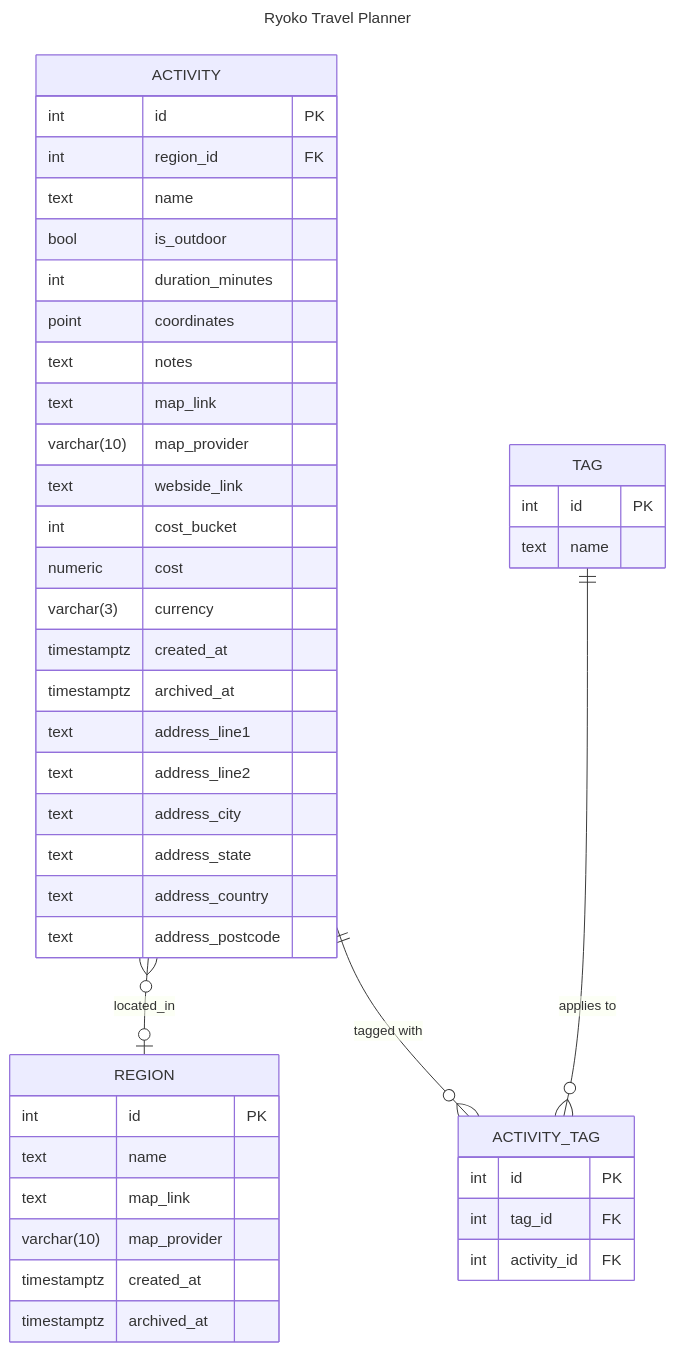
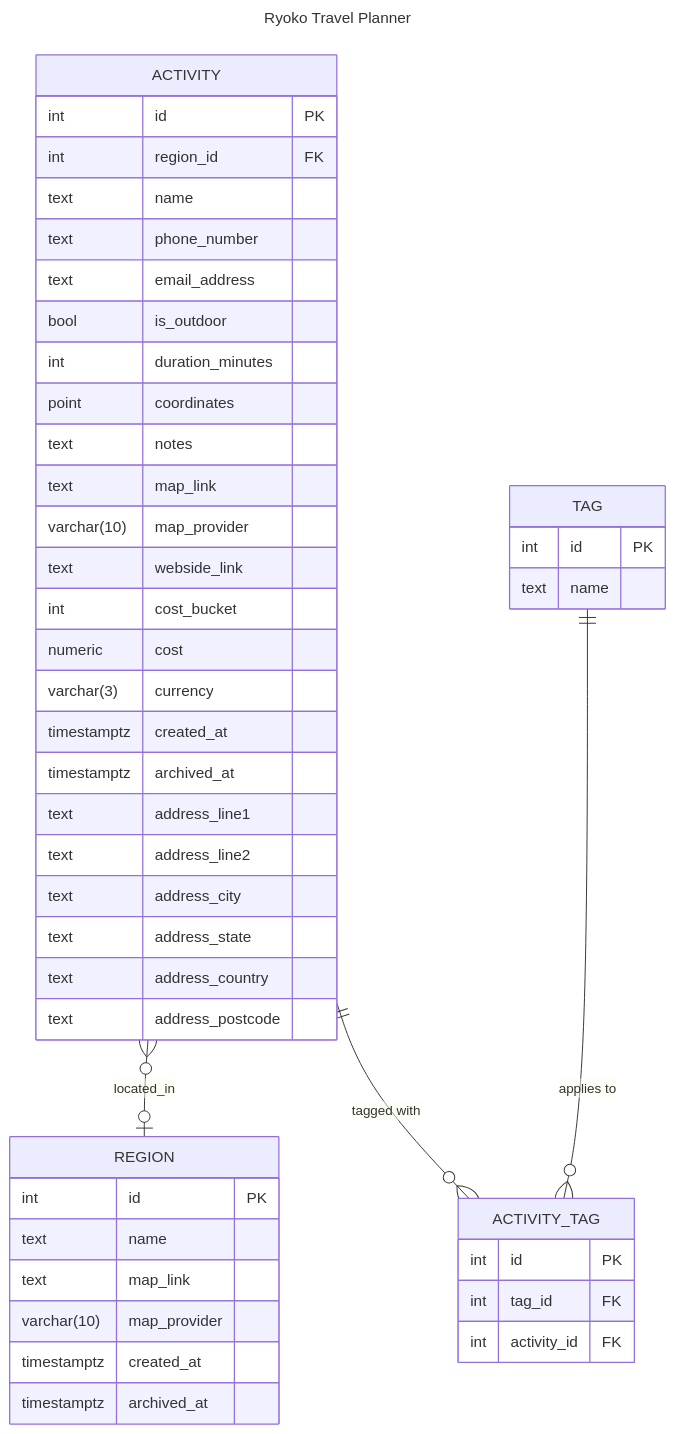
One commit to tatew/ryoko-travel-planner changed the diagram in docs/DatabaseDesign.md. Above: the diagram before and after it, drawn with Mermaid. The commit also changed other lines of this file and 10 other files, not shown here.

````diff
--- a/docs/DatabaseDesign.md
+++ b/docs/DatabaseDesign.md
@@ -3,50 +3,52 @@
 ```mermaid
 ---
 title: Ryoko Travel Planner
 ---
 erDiagram
     ACTIVITY {
         int id PK
         int region_id FK
         text name
+        text phone_number
+        text email_address
         bool is_outdoor
         int duration_minutes
         point coordinates
         text notes
         text map_link
         varchar(10) map_provider
         text webside_link
         int cost_bucket
         numeric cost
         varchar(3) currency
         timestamptz created_at
         timestamptz archived_at
         text address_line1
         text address_line2
         text address_city
         text address_state
         text address_country
         text address_postcode
     }
     REGION {
         int id PK
         text name
-        text map_link 
+        text map_link
         varchar(10) map_provider
         timestamptz created_at
         timestamptz archived_at
     }
     TAG {
         int id PK
-        text name 
+        text name
     }
     ACTIVITY_TAG {
         int id PK
         int tag_id FK
         int activity_id FK
     }
     ACTIVITY zero or more to one or zero REGION : located_in
     ACTIVITY one to zero or more ACTIVITY_TAG : "tagged with"
     TAG one to zero or more ACTIVITY_TAG: "applies to"
-    
+
 ```
````
